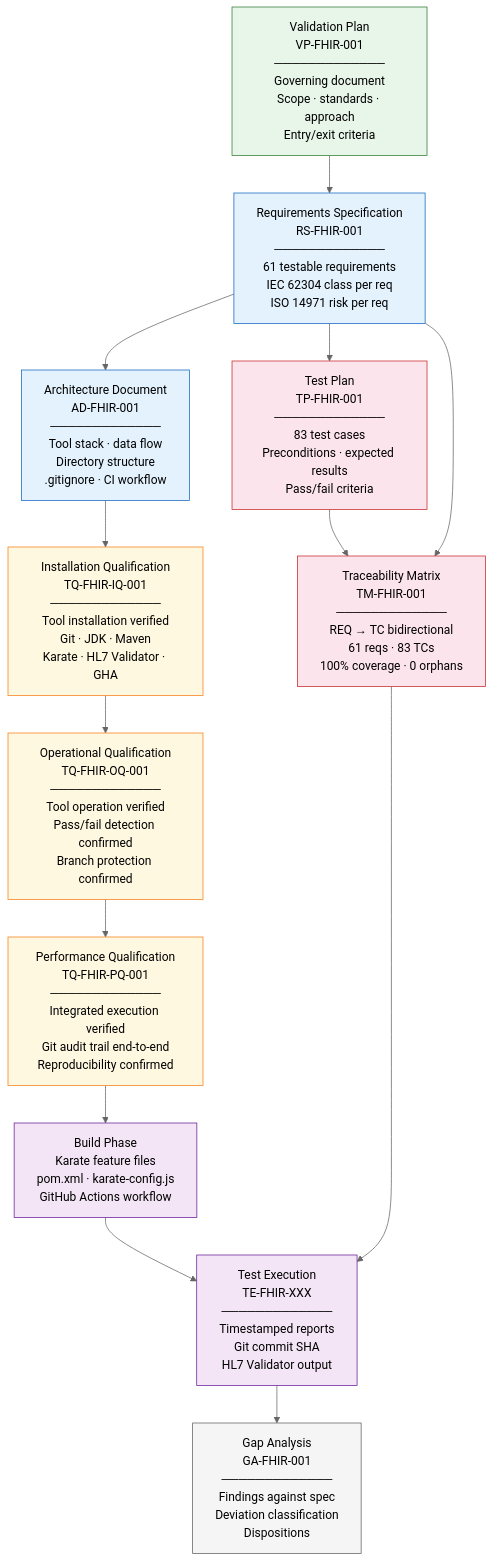
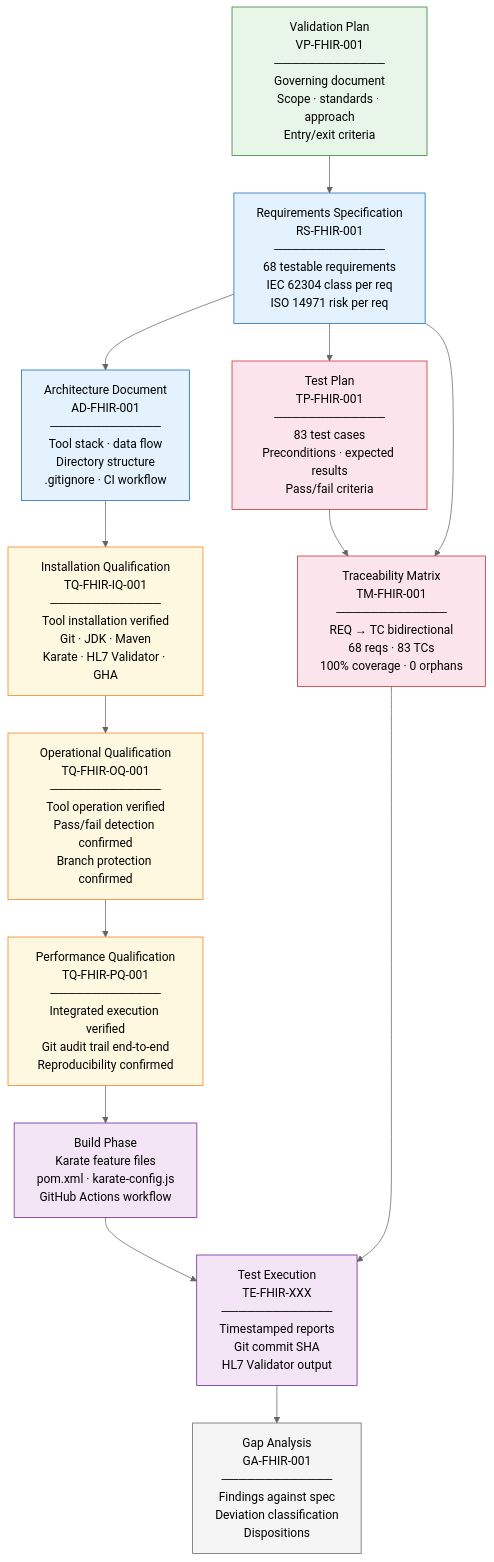
One commit to Dag86/fhir-validation-suite changed the diagram in docs/diagrams/04-document-dependency.md. Above: the diagram before and after it, drawn with Mermaid (neutral theme). The commit also changed 8 other files, not shown here.

Commit message:
docs: final consistency pass — VP v1.4, GA v1.3, VA v1.5, diagrams, OQ/IQ evidence wording

````diff
--- a/docs/diagrams/04-document-dependency.md
+++ b/docs/diagrams/04-document-dependency.md
@@ -10,49 +10,49 @@
 ```mermaid
 flowchart TD
     VP["Validation Plan\nVP-FHIR-001\n─────────────\nGoverning document\nScope · standards · approach\nEntry/exit criteria"]
 
-    RS["Requirements Specification\nRS-FHIR-001\n─────────────\n61 testable requirements\nIEC 62304 class per req\nISO 14971 risk per req"]
+    RS["Requirements Specification\nRS-FHIR-001\n─────────────\n68 testable requirements\nIEC 62304 class per req\nISO 14971 risk per req"]
 
     AD["Architecture Document\nAD-FHIR-001\n─────────────\nTool stack · data flow\nDirectory structure\n.gitignore · CI workflow"]
 
     IQ["Installation Qualification\nTQ-FHIR-IQ-001\n─────────────\nTool installation verified\nGit · JDK · Maven\nKarate · HL7 Validator · GHA"]
 
     OQ["Operational Qualification\nTQ-FHIR-OQ-001\n─────────────\nTool operation verified\nPass/fail detection confirmed\nBranch protection confirmed"]
 
     PQ["Performance Qualification\nTQ-FHIR-PQ-001\n─────────────\nIntegrated execution verified\nGit audit trail end-to-end\nReproducibility confirmed"]
 
     TP["Test Plan\nTP-FHIR-001\n─────────────\n83 test cases\nPreconditions · expected results\nPass/fail criteria"]
 
-    TM["Traceability Matrix\nTM-FHIR-001\n─────────────\nREQ → TC bidirectional\n61 reqs · 83 TCs\n100% coverage · 0 orphans"]
+    TM["Traceability Matrix\nTM-FHIR-001\n─────────────\nREQ → TC bidirectional\n68 reqs · 83 TCs\n100% coverage · 0 orphans"]
 
     BUILD["Build Phase\nKarate feature files\npom.xml · karate-config.js\nGitHub Actions workflow"]
 
     TE["Test Execution\nTE-FHIR-XXX\n─────────────\nTimestamped reports\nGit commit SHA\nHL7 Validator output"]
 
     GA["Gap Analysis\nGA-FHIR-001\n─────────────\nFindings against spec\nDeviation classification\nDispositions"]
 
     VP --> RS
     RS --> AD
     RS --> TP
     AD --> IQ
     IQ --> OQ
     OQ --> PQ
     PQ --> BUILD
     TP --> TM
     RS --> TM
     BUILD --> TE
     TM --> TE
     TE --> GA
 
     style VP fill:#e8f5e9,stroke:#2e7d32,color:#000
     style RS fill:#e3f2fd,stroke:#1565c0,color:#000
     style AD fill:#e3f2fd,stroke:#1565c0,color:#000
     style IQ fill:#fff8e1,stroke:#f57f17,color:#000
     style OQ fill:#fff8e1,stroke:#f57f17,color:#000
     style PQ fill:#fff8e1,stroke:#f57f17,color:#000
     style TP fill:#fce4ec,stroke:#c62828,color:#000
     style TM fill:#fce4ec,stroke:#c62828,color:#000
     style BUILD fill:#f3e5f5,stroke:#6a1b9a,color:#000
     style TE fill:#f3e5f5,stroke:#6a1b9a,color:#000
     style GA fill:#f5f5f5,stroke:#616161,color:#000
 ```
````
